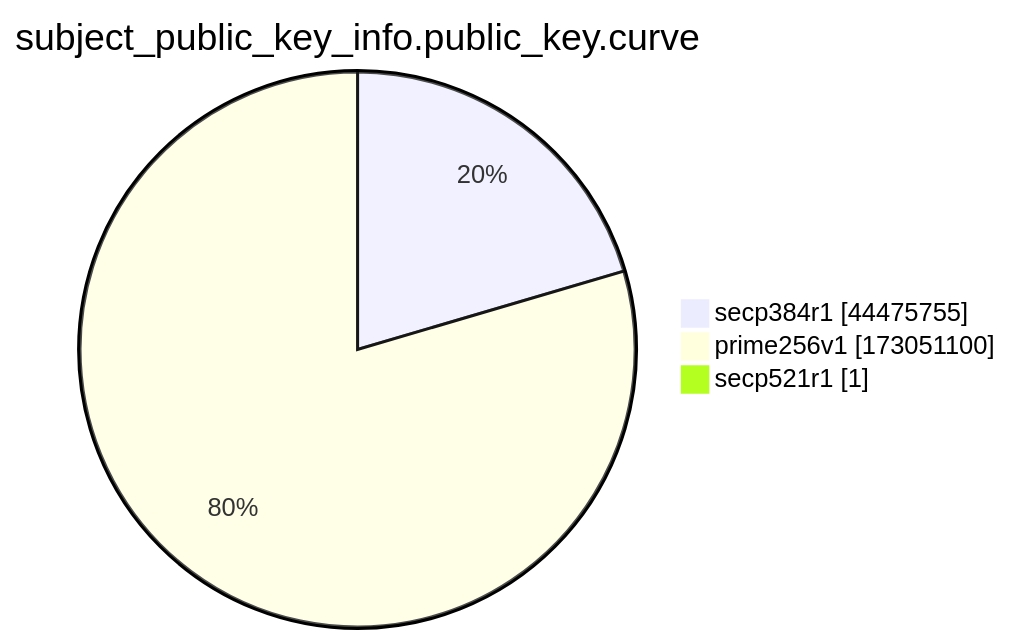
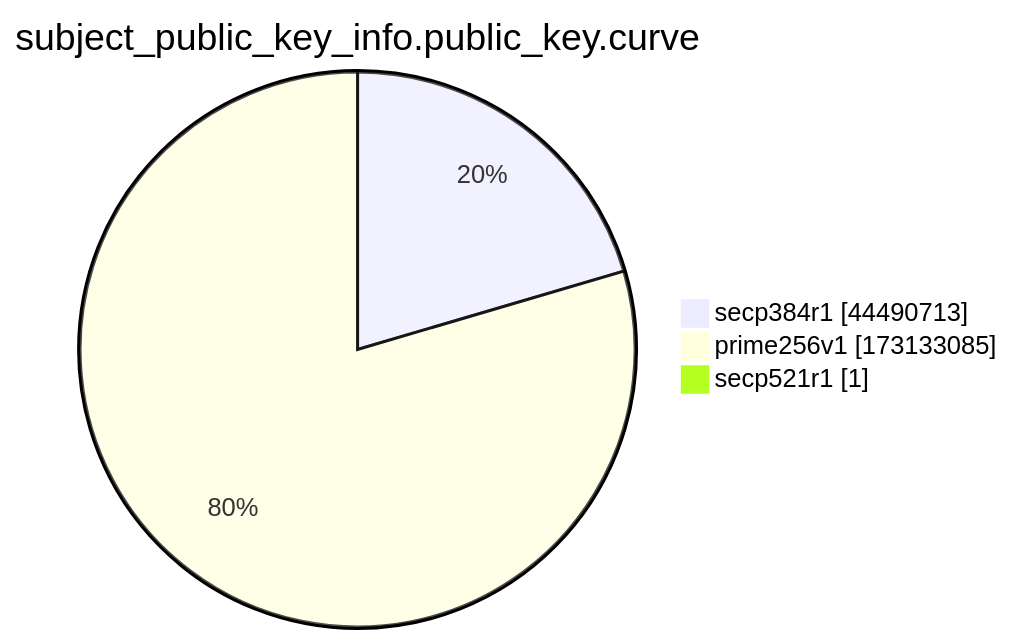
One commit to christiankrug/ctmonitor_visualization changed the ninth of 15 diagrams in xenon2022/README.md. Above: the diagram before and after it, drawn with Mermaid. The commit also changed other lines of this file, not shown here.

````diff
--- a/xenon2022/README.md
+++ b/xenon2022/README.md
@@ -2871,7 +2871,7 @@
 ```mermaid
 pie showData
 title subject_public_key_info.public_key.curve
-"secp384r1" :44475755
-"prime256v1" :173051100
+"secp384r1" :44490713
+"prime256v1" :173133085
 "secp521r1" :1
 ```
````
